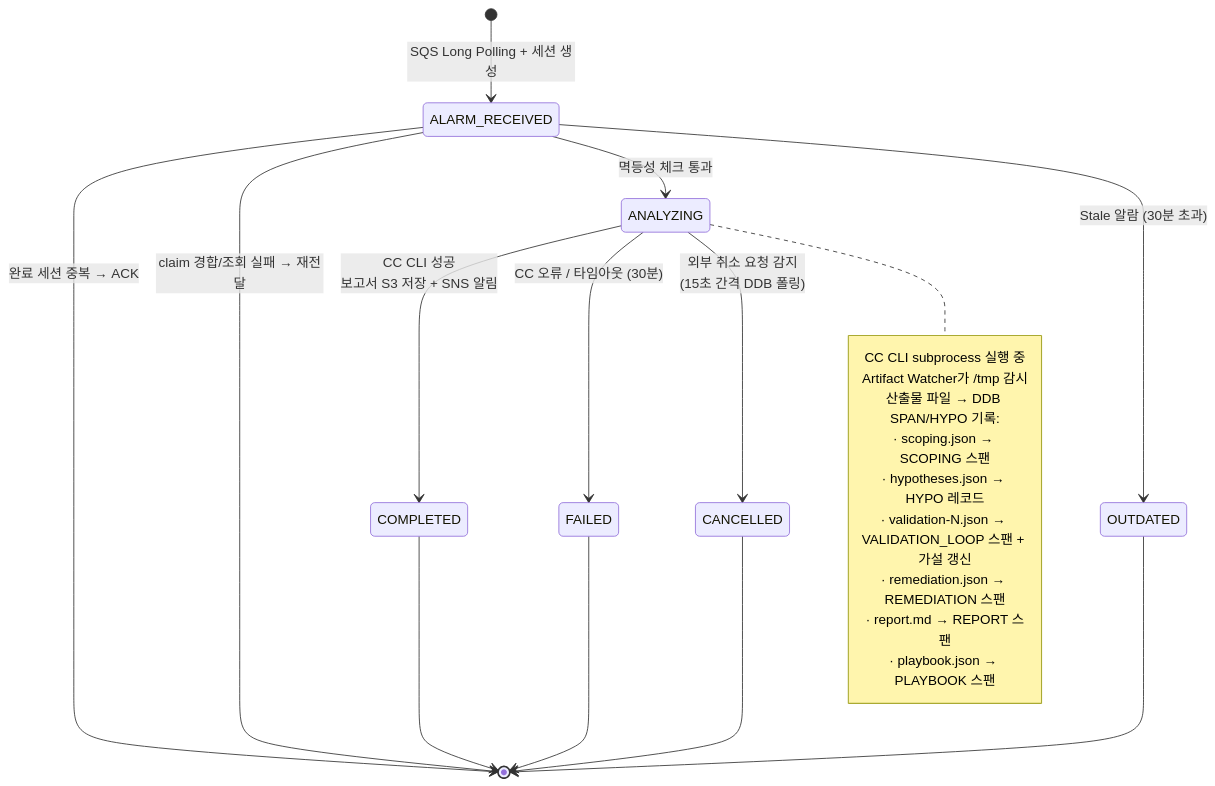
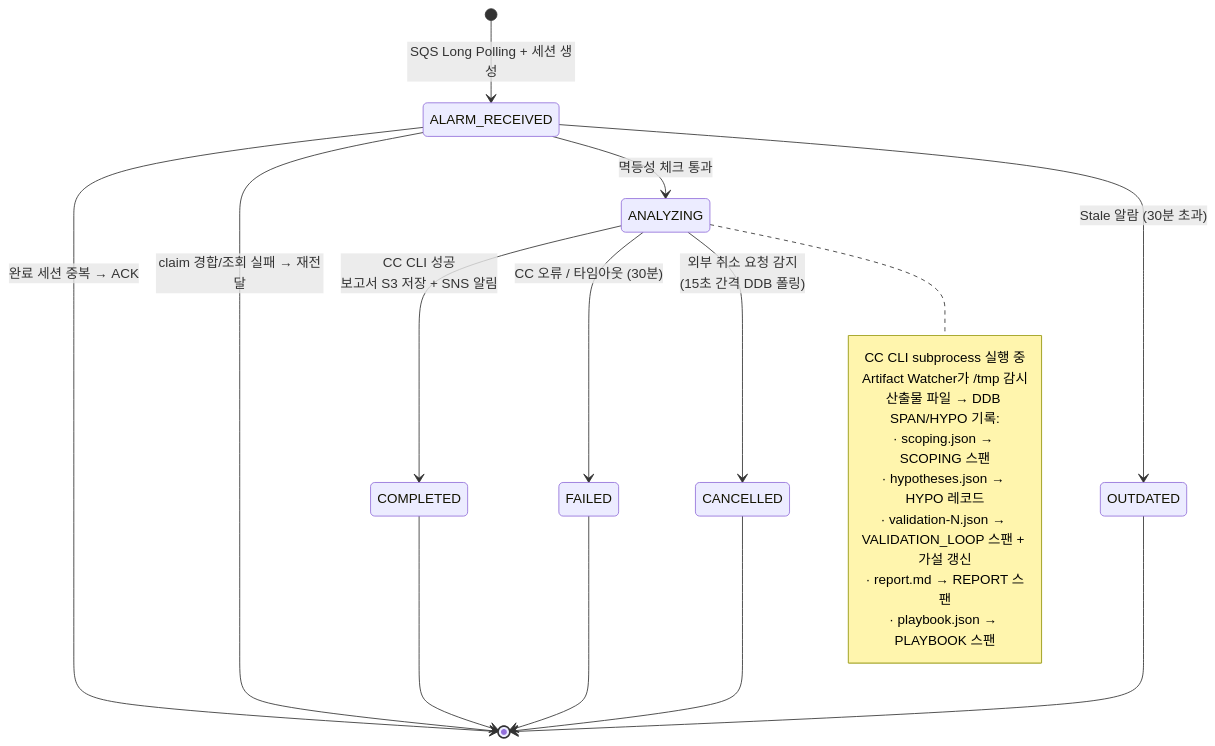
Before and after one commit to haandol/rca-agent: the fifth of 9 diagrams in docs/architecture-and-demo-flow.md, drawn with Mermaid. The commit also changed other lines of this file and 7 other files, not shown here.

````diff
--- a/docs/architecture-and-demo-flow.md
+++ b/docs/architecture-and-demo-flow.md
@@ -354,31 +353,30 @@
 ```mermaid
 stateDiagram-v2
     [*] --> ALARM_RECEIVED: SQS Long Polling + 세션 생성
 
     ALARM_RECEIVED --> [*]: 완료 세션 중복 → ACK
     ALARM_RECEIVED --> [*]: claim 경합/조회 실패 → 재전달
     ALARM_RECEIVED --> ANALYZING: 멱등성 체크 통과
     ALARM_RECEIVED --> OUTDATED: Stale 알람 (30분 초과)
 
     ANALYZING --> COMPLETED: CC CLI 성공<br/>보고서 S3 저장 + SNS 알림
     ANALYZING --> FAILED: CC 오류 / 타임아웃 (30분)
     ANALYZING --> CANCELLED: 외부 취소 요청 감지<br/>(15초 간격 DDB 폴링)
 
     OUTDATED --> [*]
 
     note right of ANALYZING
         CC CLI subprocess 실행 중
         Artifact Watcher가 /tmp 감시
         산출물 파일 → DDB SPAN/HYPO 기록:
         · scoping.json → SCOPING 스팬
         · hypotheses.json → HYPO 레코드
         · validation-N.json → VALIDATION_LOOP 스팬 + 가설 갱신
-        · remediation.json → REMEDIATION 스팬
         · report.md → REPORT 스팬
         · playbook.json → PLAYBOOK 스팬
     end note
 
     COMPLETED --> [*]
     FAILED --> [*]
     CANCELLED --> [*]
 ```
````
